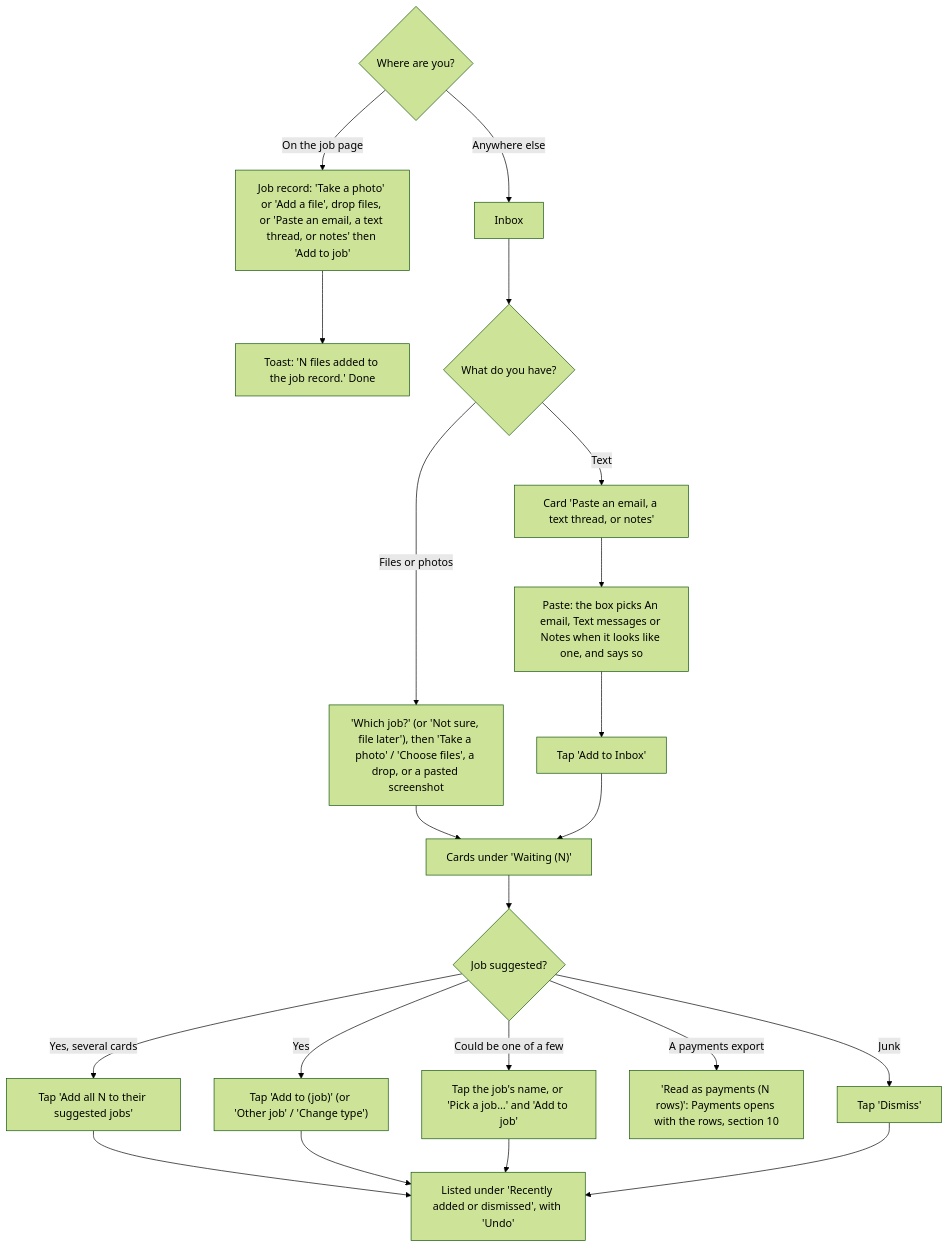
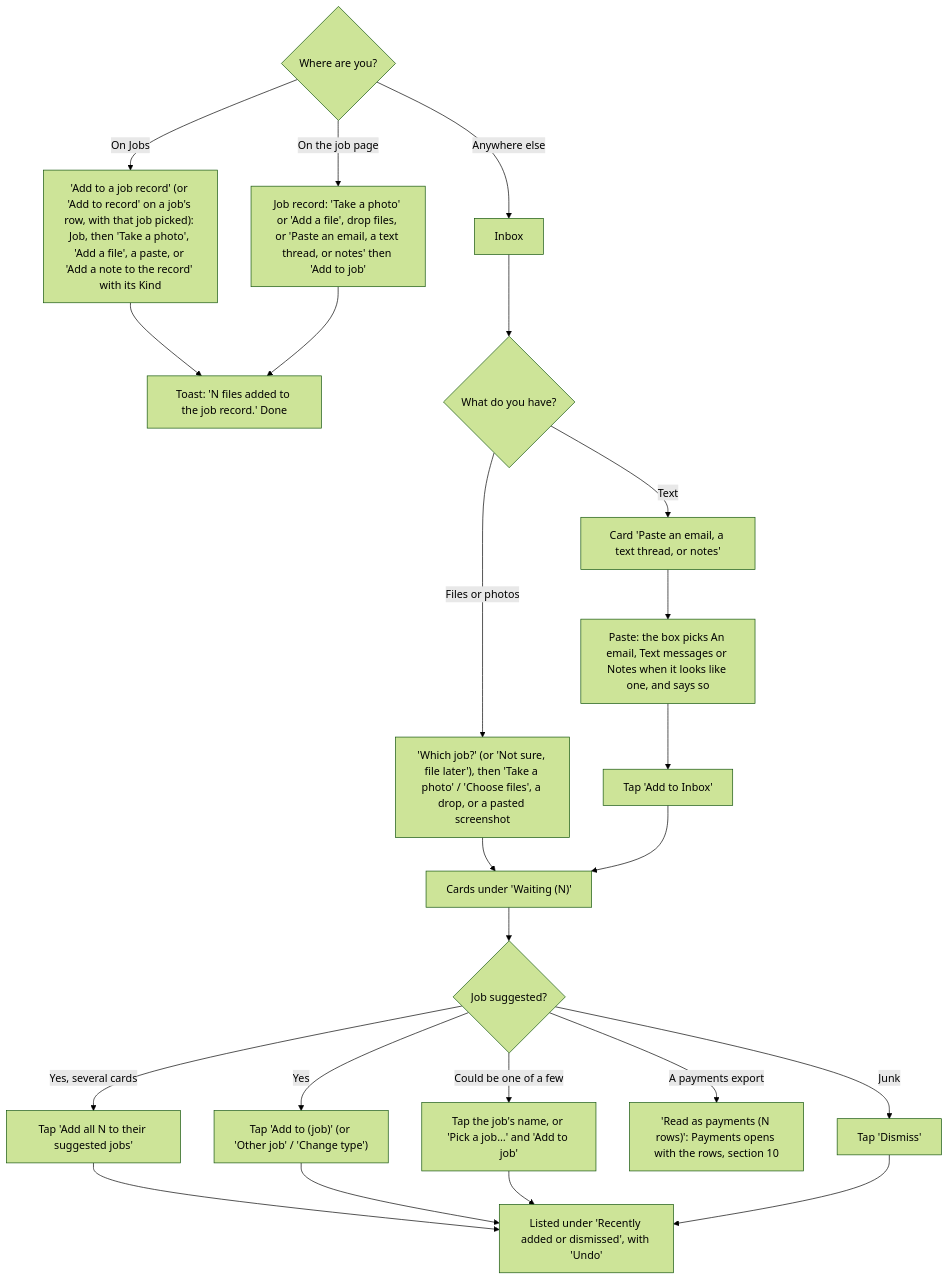
Before and after one commit to cartwrightstephen/billdable: the fifth of 15 diagrams in docs/client-flows.md, drawn with Mermaid (forest theme). The commit also changed other lines of this file and 13 other files, not shown here.

````diff
--- a/docs/client-flows.md
+++ b/docs/client-flows.md
@@ -191,23 +200,25 @@
 ```mermaid
 flowchart TD
     A{"Where are you?"} -->|"On the job page"| B["Job record: 'Take a photo' or 'Add a file', drop files, or 'Paste an email, a text thread, or notes' then 'Add to job'"]
+    A -->|"On Jobs"| JR["'Add to a job record' (or 'Add to record' on a job's row, with that job picked): Job, then 'Take a photo', 'Add a file', a paste, or 'Add a note to the record' with its Kind"]
+    JR --> C
     B --> C["Toast: 'N files added to the job record.' Done"]
     A -->|"Anywhere else"| D["Inbox"]
     D --> E{"What do you have?"}
     E -->|"Files or photos"| F["'Which job?' (or 'Not sure, file later'), then 'Take a photo' / 'Choose files', a drop, or a pasted screenshot"]
     E -->|"Text"| G["Card 'Paste an email, a text thread, or notes'"]
     G --> H["Paste: the box picks An email, Text messages or Notes when it looks like one, and says so"]
     H --> K["Tap 'Add to Inbox'"]
     F --> L["Cards under 'Waiting (N)'"]
     K --> L
     L --> M{"Job suggested?"}
     M -->|"Yes, several cards"| N["Tap 'Add all N to their suggested jobs'"]
     M -->|"Yes"| O["Tap 'Add to (job)' (or 'Other job' / 'Change type')"]
     M -->|"Could be one of a few"| P["Tap the job's name, or 'Pick a job…' and 'Add to job'"]
     M -->|"A payments export"| PAY["'Read as payments (N rows)': Payments opens with the rows, section 10"]
     M -->|"Junk"| Q["Tap 'Dismiss'"]
     N --> R["Listed under 'Recently added or dismissed', with 'Undo'"]
     O --> R
     P --> R
     Q --> R
 ```
````
